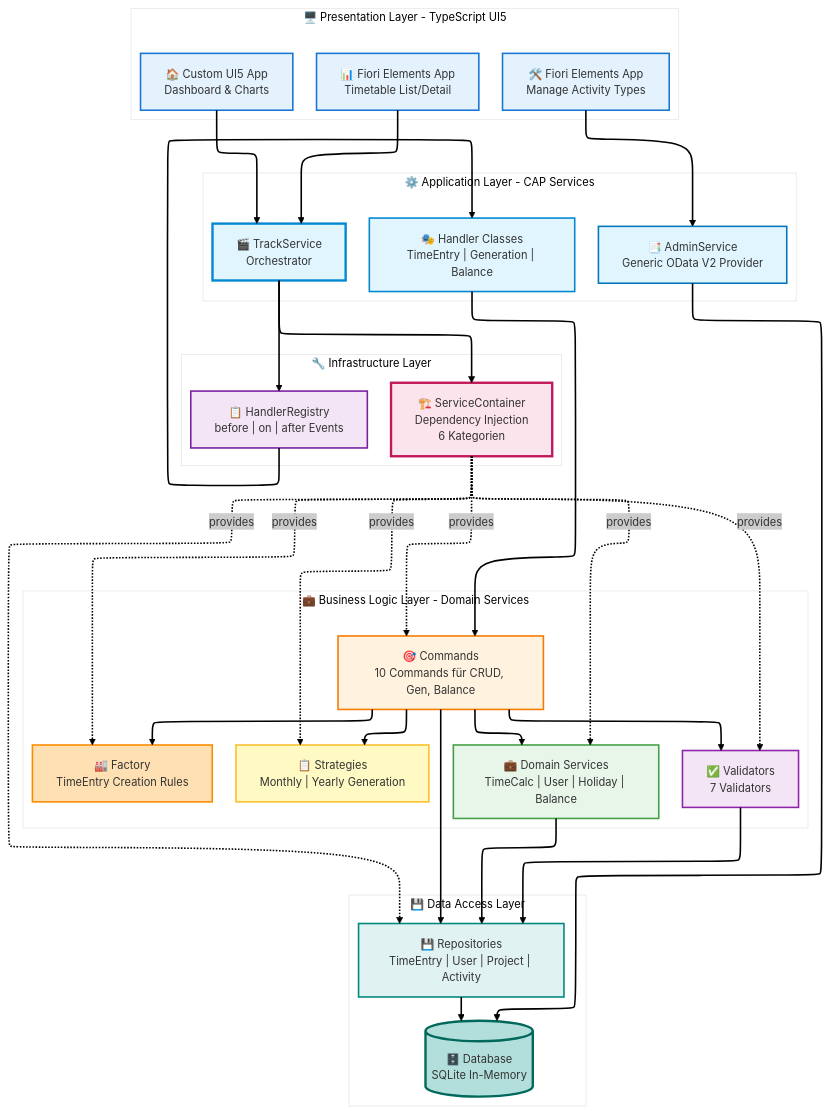
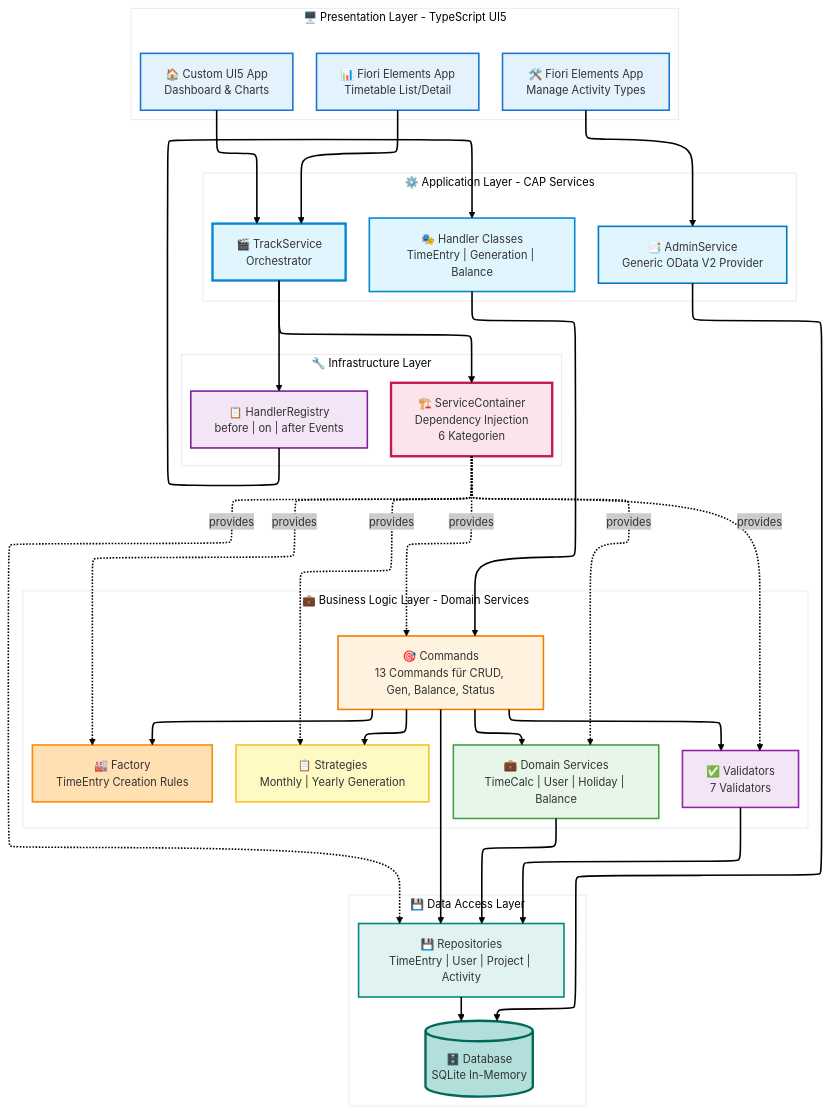
Before and after one commit to nimble-123/cap-fiori-timetracking: the third of 11 diagrams in docs/ARCHITECTURE.md, drawn with Mermaid. The commit also changed other lines of this file, not shown here.

Commit message:
feat: Aktualisiere Architektur-Dokumentation mit neuen Workflows für die Zeiterfassung und Anpassungen der Qualitätsziele

```diff
--- a/docs/ARCHITECTURE.md
+++ b/docs/ARCHITECTURE.md
@@ -443,7 +443,7 @@
     end
 
     subgraph "💼 Business Logic Layer - Domain Services"
-        CMD["🎯 Commands<br/>10 Commands für CRUD, Gen, Balance"]
+        CMD["🎯 Commands<br/>13 Commands für CRUD, Gen, Balance, Status"]
         VAL["✅ Validators<br/>7 Validators"]
         SRV["💼 Domain Services<br/>TimeCalc | User | Holiday | Balance"]
         STRAT["📋 Strategies<br/>Monthly | Yearly Generation"]
```
